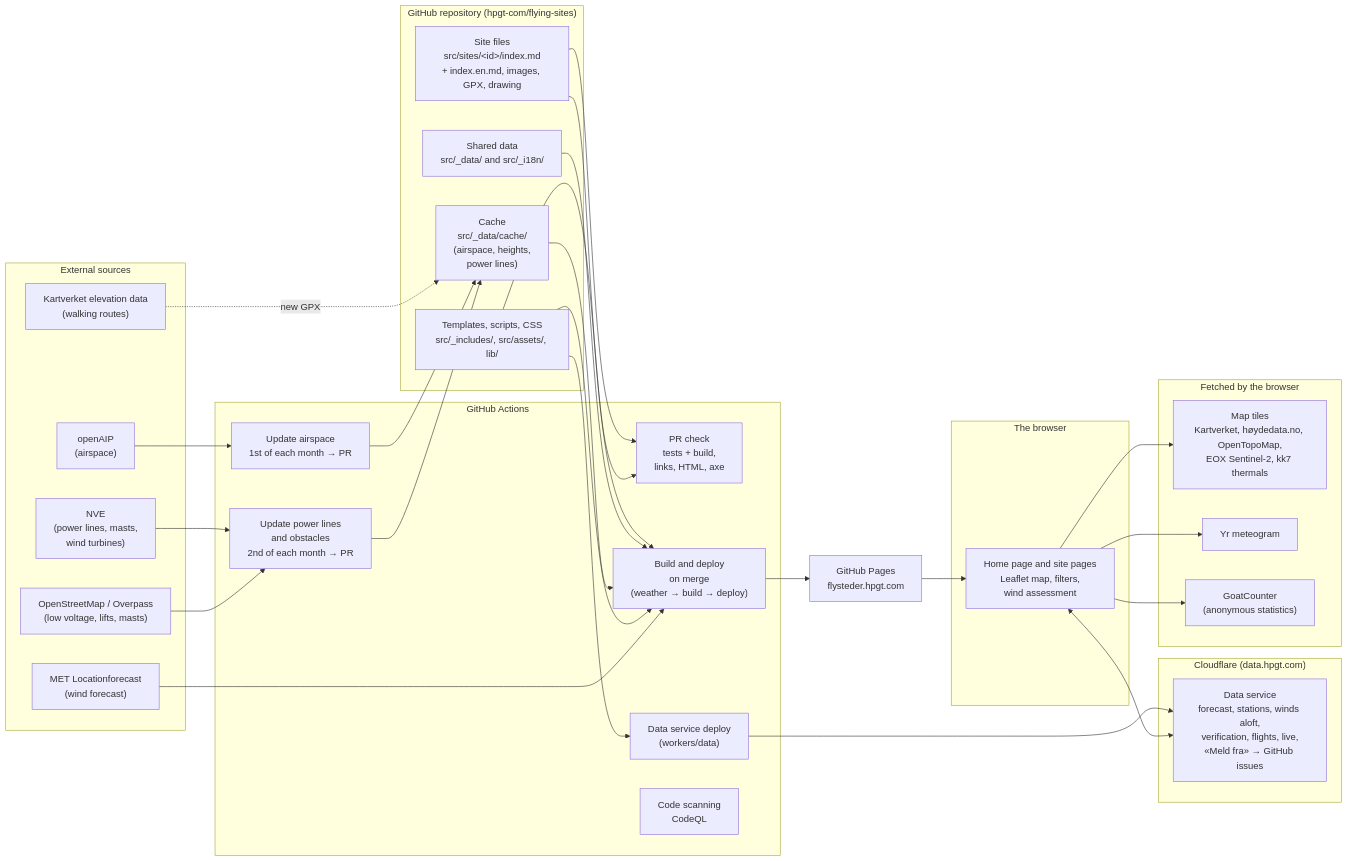
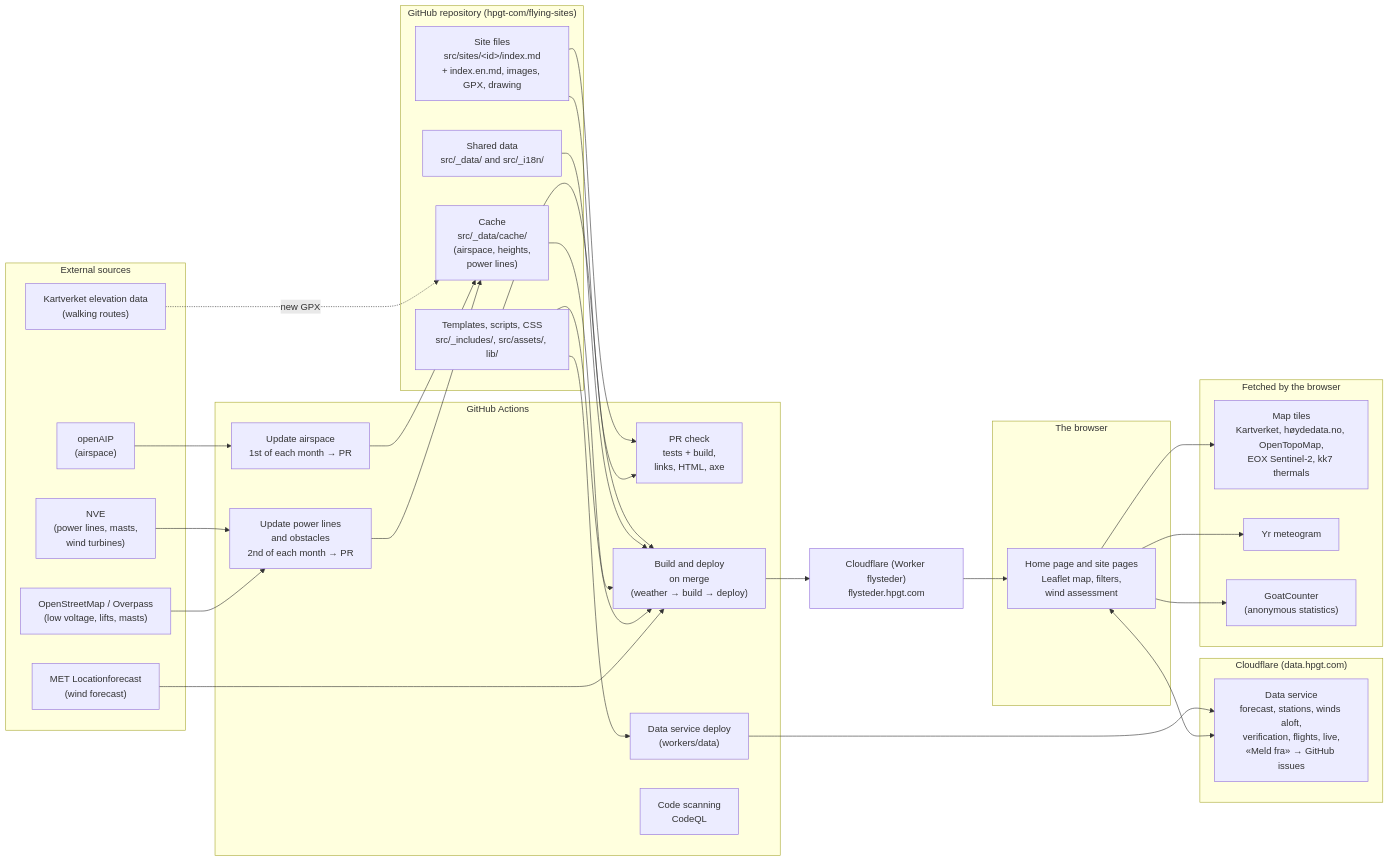
One commit to hpgt-com/flying-sites changed the first of 7 diagrams in docs/architecture.md. Above: the diagram before and after it, drawn with Mermaid. The commit also changed other lines of this file and 4 other files, not shown here.

First line of the commit message:
Siden serveres fra Cloudflare: bare flysteder.hpgt.com, og dokumentasjonen oppdatert (#295)

````diff
--- a/docs/architecture.md
+++ b/docs/architecture.md
@@ -15,53 +15,53 @@
 ```mermaid
 flowchart LR
   subgraph repo["GitHub repository (hpgt-com/flying-sites)"]
     sites["Site files<br/>src/sites/&lt;id&gt;/index.md<br/>+ index.en.md, images, GPX, drawing"]
     data["Shared data<br/>src/_data/ and src/_i18n/"]
     cache["Cache<br/>src/_data/cache/<br/>(airspace, heights,<br/>power lines)"]
     code["Templates, scripts, CSS<br/>src/_includes/, src/assets/, lib/"]
   end
 
   subgraph actions["GitHub Actions"]
     prcheck["PR check<br/>tests + build,<br/>links, HTML, axe"]
     deploy["Build and deploy<br/>on merge<br/>(weather → build → deploy)"]
     airspace["Update airspace<br/>1st of each month → PR"]
     obstacles["Update power lines<br/>and obstacles<br/>2nd of each month → PR"]
     dataworker["Data service deploy<br/>(workers/data)"]
     scan["Code scanning<br/>CodeQL"]
   end
 
   subgraph ext["External sources"]
     met["MET Locationforecast<br/>(wind forecast)"]
     kv["Kartverket elevation data<br/>(walking routes)"]
     oaip["openAIP<br/>(airspace)"]
     nve["NVE<br/>(power lines, masts,<br/>wind turbines)"]
     osm["OpenStreetMap / Overpass<br/>(low voltage, lifts, masts)"]
   end
 
   subgraph cf["Cloudflare (data.hpgt.com)"]
     worker["Data service<br/>forecast, stations, winds aloft,<br/>verification, flights, live,<br/>«Meld fra» → GitHub issues"]
   end
 
-  pages["GitHub Pages<br/>flysteder.hpgt.com"]
+  pages["Cloudflare (Worker flysteder)<br/>flysteder.hpgt.com"]
 
   subgraph browser["The browser"]
     ui["Home page and site pages<br/>Leaflet map, filters,<br/>wind assessment"]
   end
 
   subgraph runtime["Fetched by the browser"]
     tiles["Map tiles<br/>Kartverket, høydedata.no, OpenTopoMap,<br/>EOX Sentinel-2, kk7 thermals"]
     yr["Yr meteogram"]
     gc["GoatCounter<br/>(anonymous statistics)"]
   end
 
   sites & data & cache & code --> deploy
   sites & code --> prcheck
   met --> deploy
   kv -. "new GPX" .-> cache
   oaip --> airspace --> cache
   nve & osm --> obstacles --> cache
   code --> dataworker --> worker
   deploy --> pages --> ui
   ui --> tiles & yr & gc
   ui <--> worker
 ```
````
